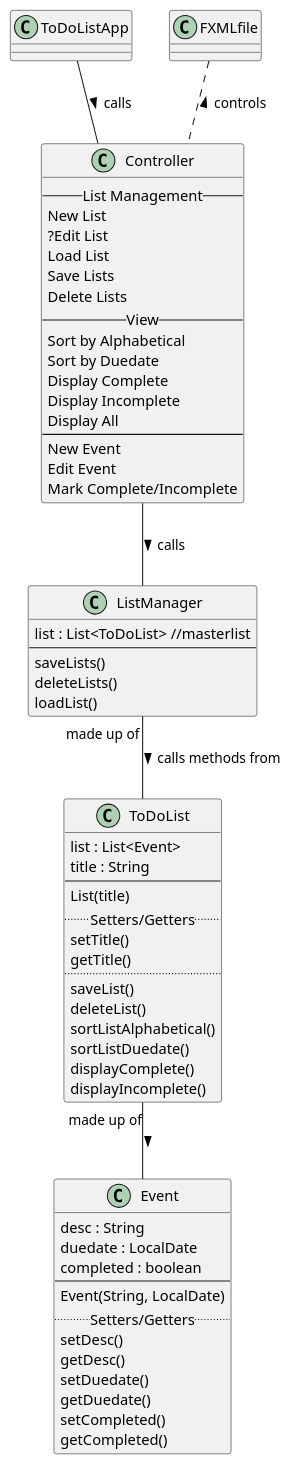
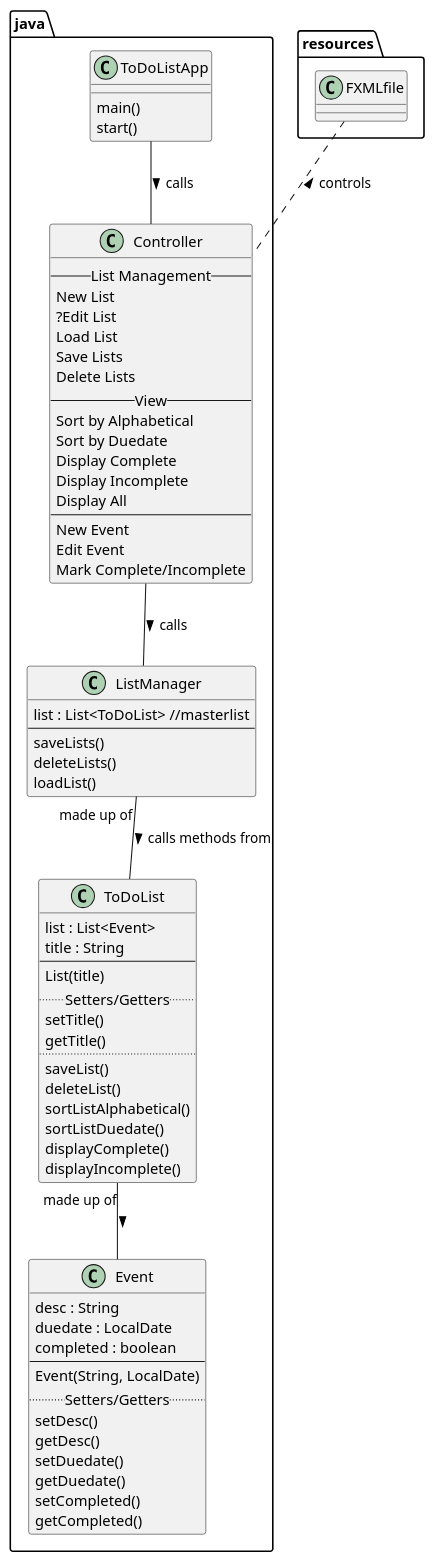
One commit to kiwibrie/juntunen-cop3330-assignment4part2 changed the diagram in uml/ListManager.puml. Above: the diagram before and after it, drawn with PlantUML. The commit also changed 2 other files, not shown here.

```diff
--- a/uml/ListManager.puml
+++ b/uml/ListManager.puml
@@ -1,70 +1,76 @@
 @startuml
 'https://plantuml.com/class-diagram
 
-class ListManager{
+class java.ListManager{
 list : List<ToDoList> //masterlist
 --
 saveLists()
 deleteLists()
 loadList()
 }
 
-class ToDoList {
+class java.ToDoList {
 list : List<Event>
 title : String
 --
 List(title)
 ..Setters/Getters..
 setTitle()
 getTitle()
 ..
 saveList()
 deleteList()
 sortListAlphabetical()
 sortListDuedate()
 displayComplete()
 displayIncomplete()
 }
 
-class Event {
+class java.Event {
 desc : String
 duedate : LocalDate
 completed : boolean
 --
 Event(String, LocalDate)
 ..Setters/Getters..
 setDesc()
 getDesc()
 setDuedate()
 getDuedate()
 setCompleted()
 getCompleted()
 }
 
-ToDoList "made up of" -- Event : >
-ListManager "made up of" -- ToDoList : > calls methods from
+java.ToDoList "made up of" -- java.Event : >
+java.ListManager "made up of" -- java.ToDoList : > calls methods from
 
-ToDoListApp -- Controller : > calls
-FXMLfile .. Controller : < controls
-Controller -- ListManager : > calls
+java.ToDoListApp -- java.Controller : > calls
+resources.FXMLfile .. java.Controller : < controls
+java.Controller -- java.ListManager : > calls
 
-class Controller{
+
+class java.Controller{
 --List Management--
 New List
 ?Edit List
 Load List
 Save Lists
 Delete Lists
 --View--
 Sort by Alphabetical
 Sort by Duedate
 Display Complete
 Display Incomplete
 Display All
 --
 New Event
 Edit Event
 Mark Complete/Incomplete
 }
 
+class java.ToDoListApp{
+main()
+start()
+}
+
 @enduml
```
